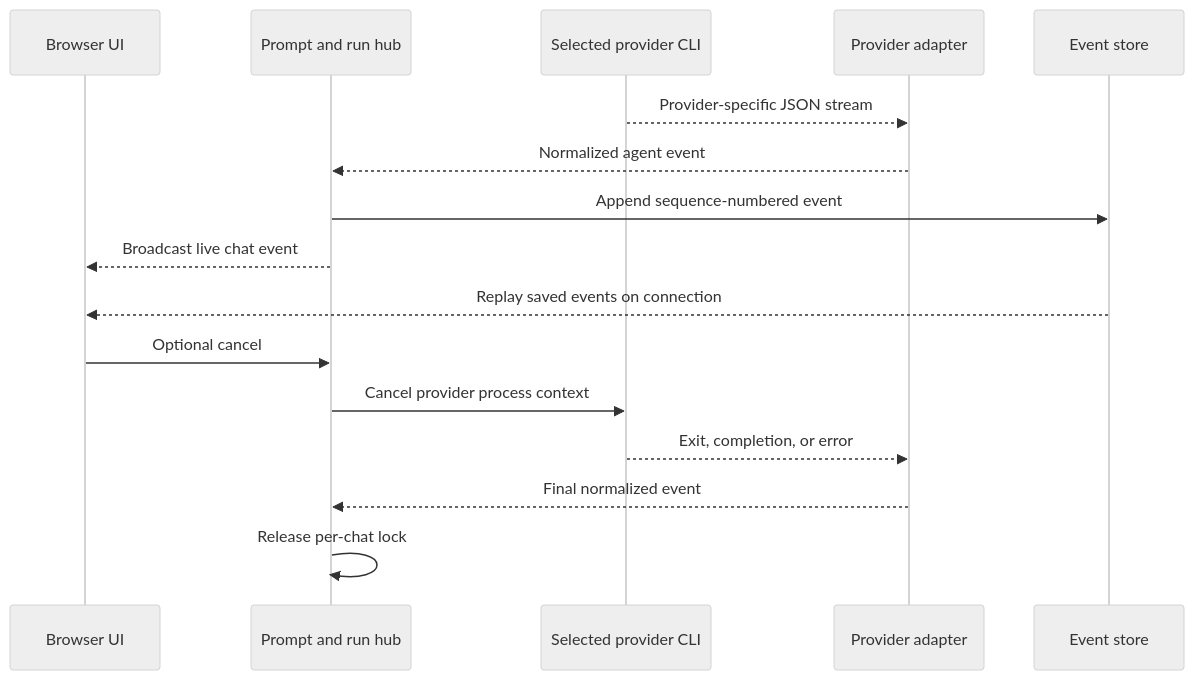
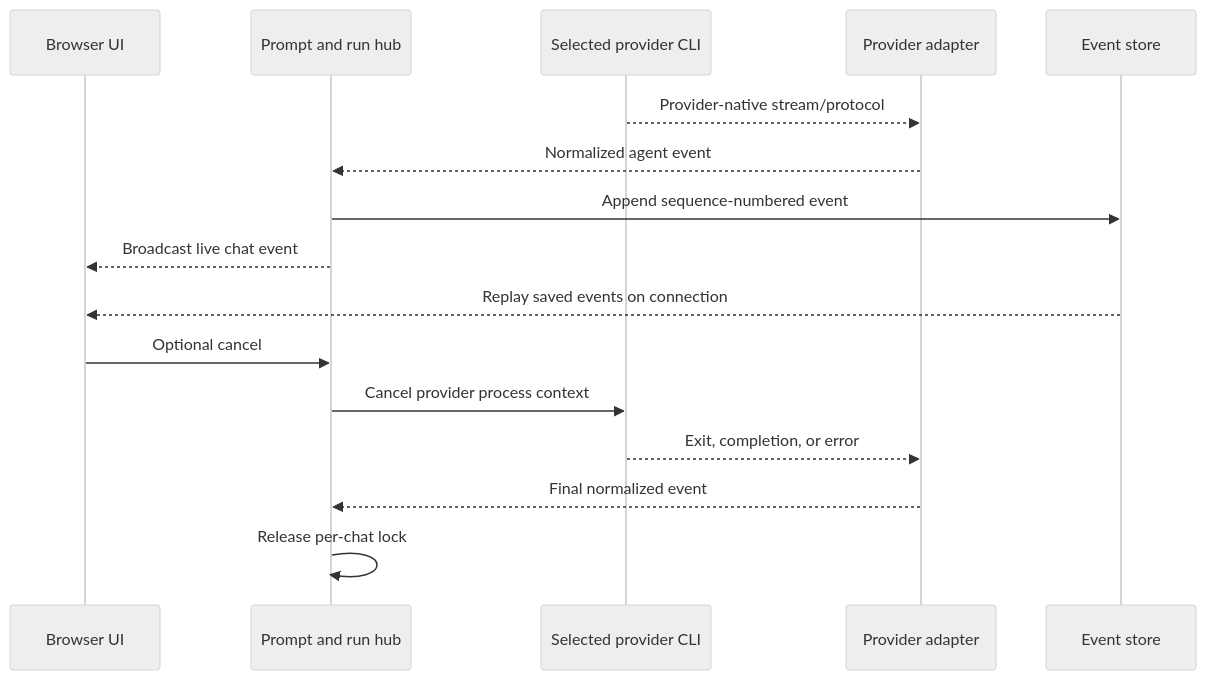
Before and after one commit to AbdallahMohamedDotnet/remote.futrx: the sixth of 8 diagrams in docs/01-overview/00-philosophy.md, drawn with Mermaid (neutral theme). The commit also changed other lines of this file and 26 other files, not shown here.

````diff
--- a/docs/01-overview/00-philosophy.md
+++ b/docs/01-overview/00-philosophy.md
@@ -293,19 +294,19 @@
 ```mermaid
 sequenceDiagram
     participant UI as Browser UI
     participant Run as Prompt and run hub
     participant CLI as Selected provider CLI
     participant Adapter as Provider adapter
     participant Events as Event store
 
-    CLI-->>Adapter: Provider-specific JSON stream
+    CLI-->>Adapter: Provider-native stream/protocol
     Adapter-->>Run: Normalized agent event
     Run->>Events: Append sequence-numbered event
     Run-->>UI: Broadcast live chat event
     Events-->>UI: Replay saved events on connection
     UI->>Run: Optional cancel
     Run->>CLI: Cancel provider process context
     CLI-->>Adapter: Exit, completion, or error
     Adapter-->>Run: Final normalized event
     Run->>Run: Release per-chat lock
 ```
````
